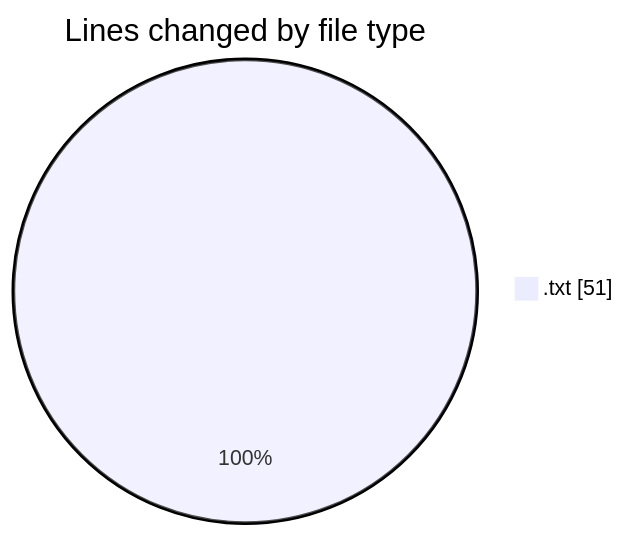
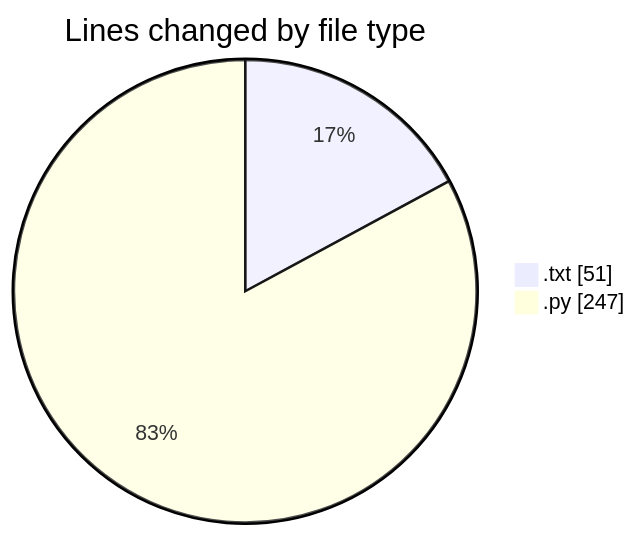
Before and after one commit to MatusMokan/code-tracking: the first of 2 diagrams in 2025-04-29/myws__workspace_/README.md, drawn with Mermaid. The commit also changed other lines of this file and 1 other file, not shown here.

````diff
--- a/2025-04-29/myws__workspace_/README.md
+++ b/2025-04-29/myws__workspace_/README.md
@@ -20,5 +21,6 @@
 ```mermaid
 pie showData
 title Lines changed by file type
 ".txt" : 51
+".py" : 247
 ```
````
